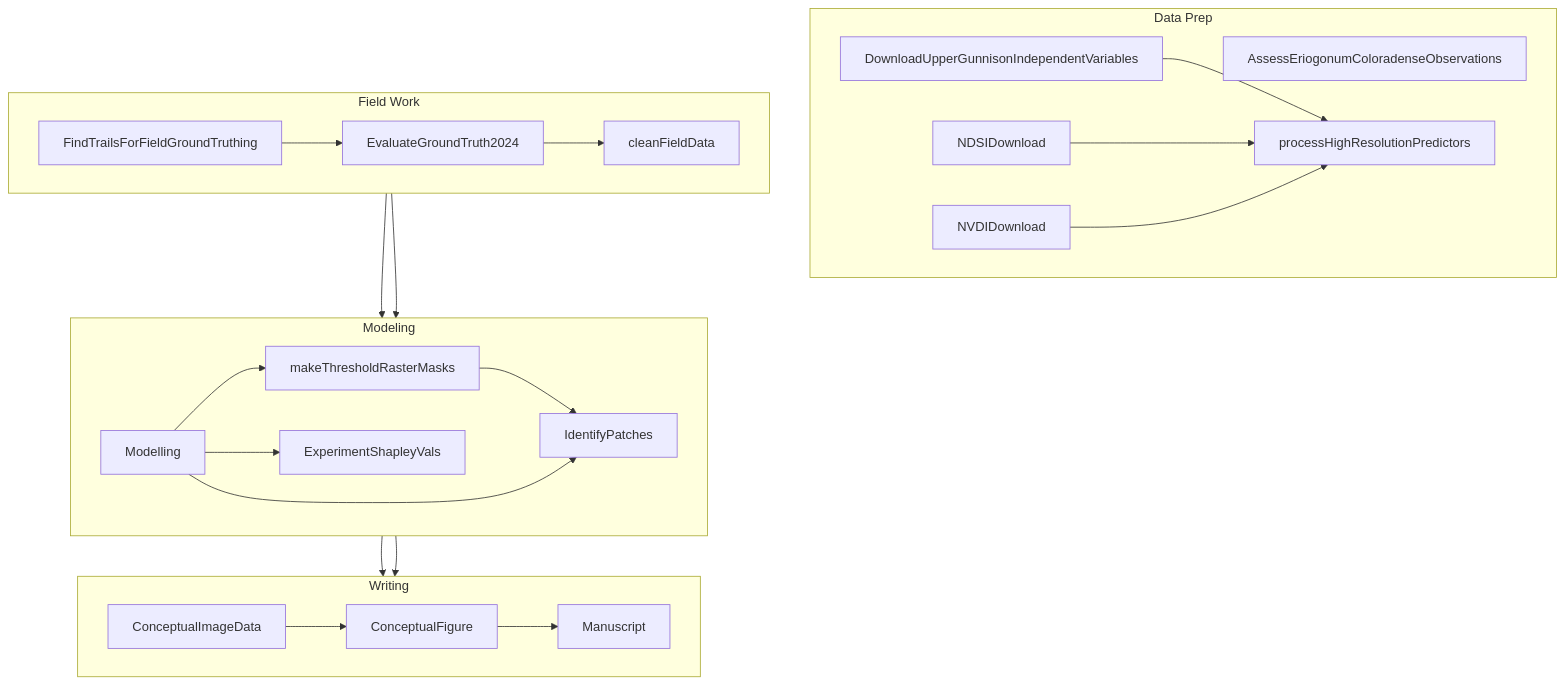
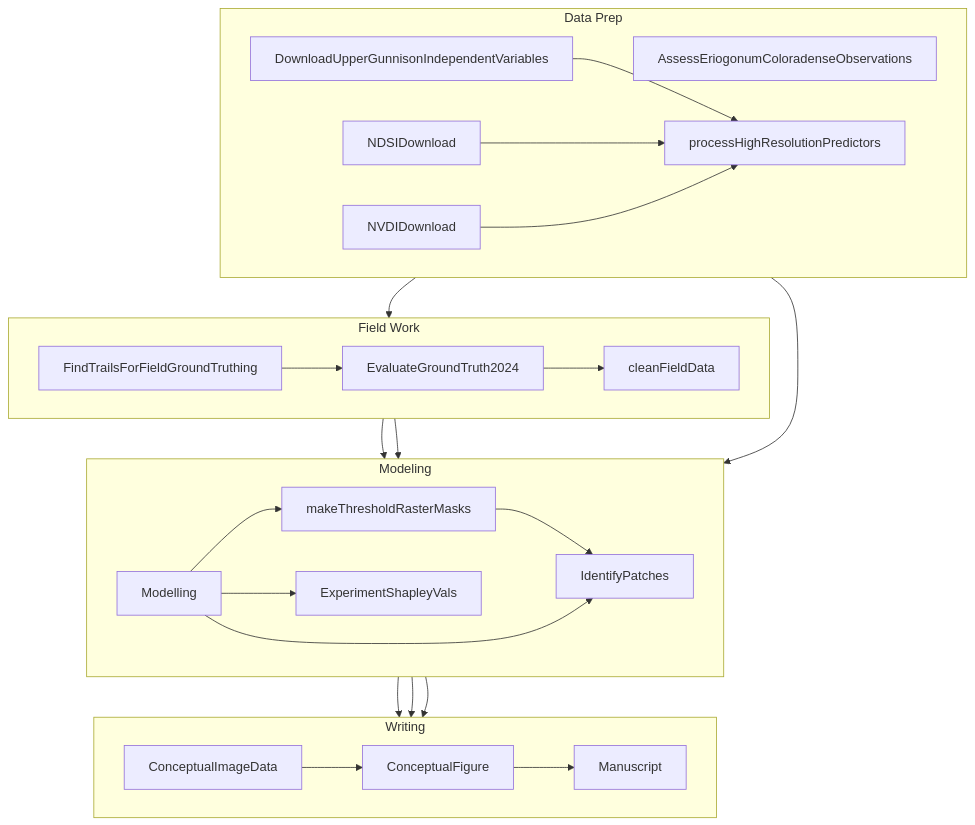
One commit to sagesteppe/Ecoloradense changed the diagram in README.md. Above: the diagram before and after it, drawn with Mermaid.

Commit message:
some workflow

````diff
--- a/README.md
+++ b/README.md
@@ -44,60 +44,63 @@
 ```mermaid
 %%{init: {'theme': 'base', 'themeVariables': {
     'clusterBkg': '#e0f7fa', /* Light cyan for Data Prep */
     'clusterBorder': '#00838f', /* Dark cyan border */
     'clusterTitle': '#004d40', /* Dark teal title text */
     'clusterText': '#004d40' /* Dark teal text */
 }}}%%
 graph TD
     %% Data Prep Subgraph
     subgraph DataPrep["Data Prep"]
         direction LR
         AssessEriogonumColoradenseObservations
         DownloadUpperGunnisonIndependentVariables
         processHighResolutionPredictors
         NDSIDownload
         NVDIDownload
     end
 
     %% Field Work Subgraph
     subgraph FieldWork["Field Work"]
         direction LR
         FindTrailsForFieldGroundTruthing
         EvaluateGroundTruth2024
         cleanFieldData
     end
 
     %% Modeling Subgraph
     subgraph Modeling["Modeling"]
         direction LR
         Modelling
         IdentifyPatches
         makeThresholdRasterMasks
         ExperimentShapleyVals
     end
 
     %% Writing Subgraph
     subgraph Writing["Writing"]
         direction LR
         ConceptualImageData
         ConceptualFigure
         Manuscript
     end
 
     %% Connections
     DownloadUpperGunnisonIndependentVariables --> processHighResolutionPredictors
     NDSIDownload --> processHighResolutionPredictors
     NVDIDownload --> processHighResolutionPredictors
+    AssessEriogonumColoradenseObservations --> FindTrailsForFieldGroundTruthing
     FindTrailsForFieldGroundTruthing --> EvaluateGroundTruth2024
     EvaluateGroundTruth2024 --> cleanFieldData
     cleanFieldData --> Modelling
     Modelling --> makeThresholdRasterMasks
     makeThresholdRasterMasks --> IdentifyPatches
+    processHighResolutionPredictors --> Modelling
     Modelling --> IdentifyPatches
     Modelling --> ExperimentShapleyVals
     Modelling --> Manuscript
+    ExperimentShapleyVals --> Manuscript
     IdentifyPatches --> Manuscript
     cleanFieldData --> IdentifyPatches
     ConceptualImageData --> ConceptualFigure
     ConceptualFigure --> Manuscript
 ```
````
